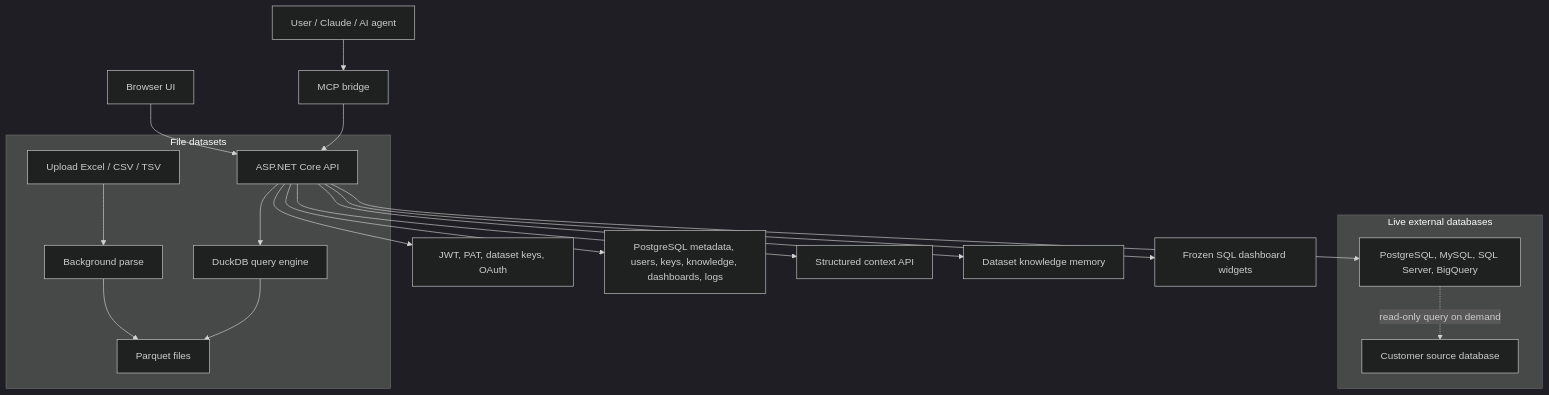
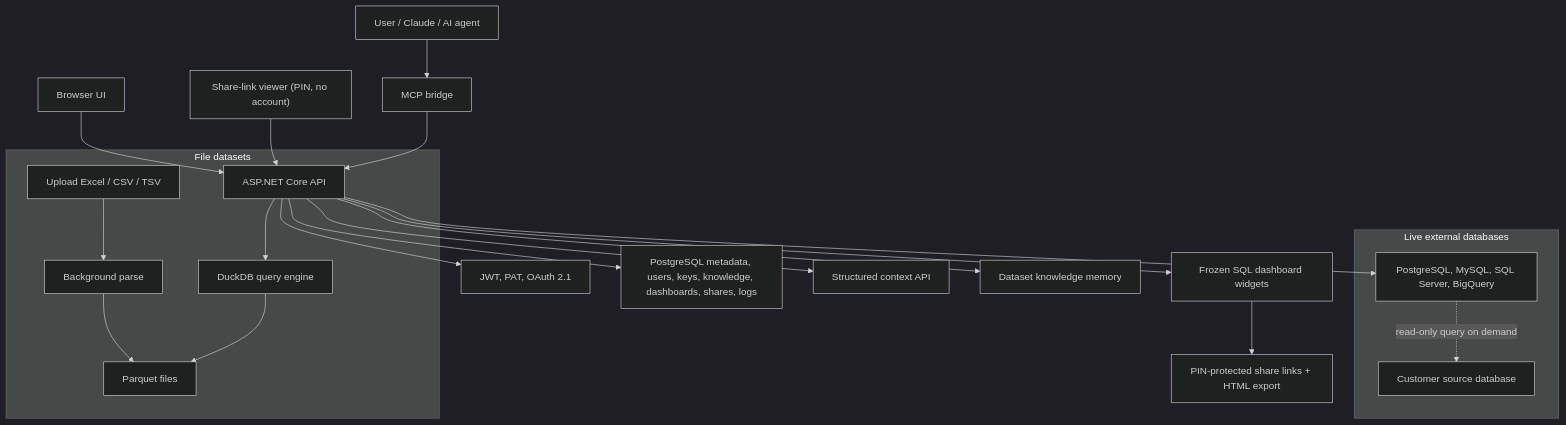
The diagram in README.md (TolhNguyen/mcp-dataset-manager), drawn with Mermaid (dark theme) before and after one commit. The commit also changed other lines of this file, not shown here.

Commit message:
docs: README - proof-of-read gate, dashboard sharing, encrypted export

````diff
--- a/README.md
+++ b/README.md
@@ -100,25 +108,27 @@
 ```mermaid
 flowchart TD
     user["User / Claude / AI agent"] --> bridge["MCP bridge"]
     browser["Browser UI"] --> api["ASP.NET Core API"]
+    viewer["Share-link viewer (PIN, no account)"] --> api
     bridge --> api
 
-    api --> auth["JWT, PAT, dataset keys, OAuth"]
-    api --> pg["PostgreSQL metadata, users, keys, knowledge, dashboards, logs"]
+    api --> auth["JWT, PAT, OAuth 2.1"]
+    api --> pg["PostgreSQL metadata, users, keys, knowledge, dashboards, shares, logs"]
 
     subgraph file_datasets["File datasets"]
         upload["Upload Excel / CSV / TSV"] --> parse["Background parse"]
         parse --> parquet["Parquet files"]
         api --> duckdb["DuckDB query engine"]
         duckdb --> parquet
     end
 
     subgraph live_databases["Live external databases"]
         api --> connectors["PostgreSQL, MySQL, SQL Server, BigQuery"]
         connectors -. "read-only query on demand" .-> source["Customer source database"]
     end
 
     api --> context["Structured context API"]
     api --> memory["Dataset knowledge memory"]
     api --> widgets["Frozen SQL dashboard widgets"]
+    widgets --> share["PIN-protected share links + HTML export"]
 ```
````
